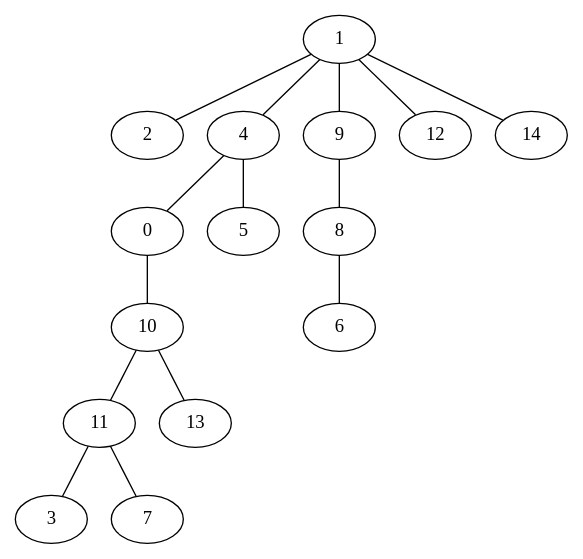
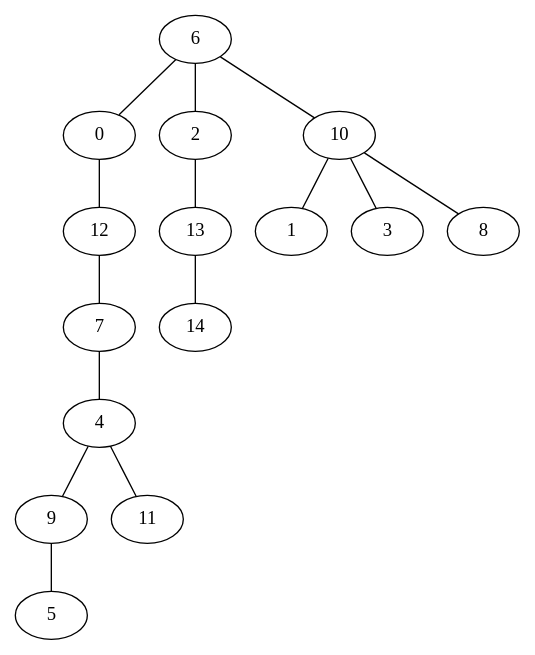
The diagram in pygrapghviz.dot (VillegasGG/greedy-firefighter-problem), drawn with Graphviz before and after one commit. The commit also changed 1 other file, not shown here.

```diff
--- a/pygrapghviz.dot
+++ b/pygrapghviz.dot
@@ -1,16 +1,16 @@
 strict graph "" {
-	1 -- 2;
-	1 -- 4;
-	1 -- 9;
-	1 -- 12;
-	1 -- 14;
-	4 -- 0;
-	4 -- 5;
-	9 -- 8;
-	8 -- 6;
-	0 -- 10;
-	10 -- 11;
-	10 -- 13;
-	11 -- 3;
-	11 -- 7;
+	6 -- 0;
+	6 -- 2;
+	6 -- 10;
+	0 -- 12;
+	2 -- 13;
+	10 -- 1;
+	10 -- 3;
+	10 -- 8;
+	13 -- 14;
+	12 -- 7;
+	7 -- 4;
+	4 -- 9;
+	4 -- 11;
+	9 -- 5;
 }
```
